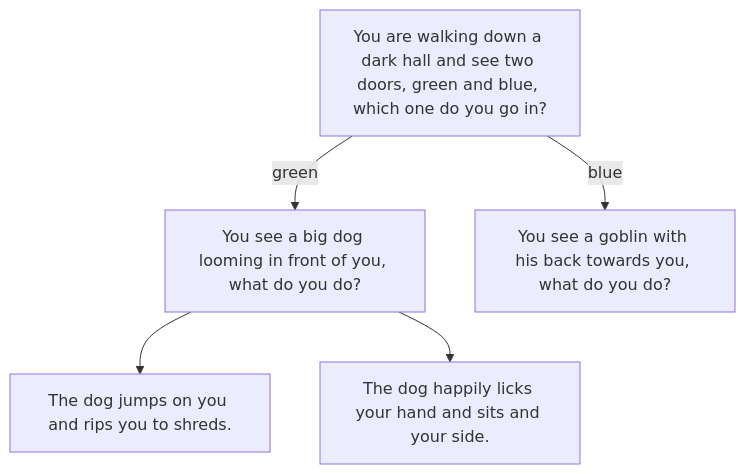
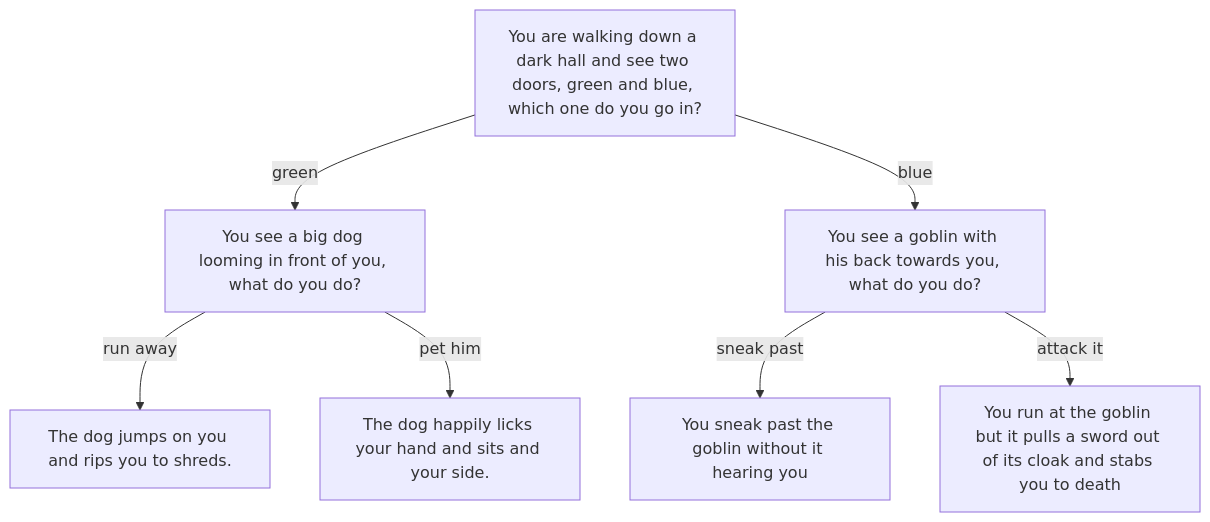
Before and after one commit to BenjaminPritchard07/BenjaminPritchard07.github.io: the diagram in Diagram.md, drawn with Mermaid.

````diff
--- a/Diagram.md
+++ b/Diagram.md
@@ -3,12 +3,16 @@
 ```mermaid
 graph TD;
     start[You are walking down a dark hall and see two doors, green and blue, which one do you go in?]
     dog[You see a big dog looming in front of you, what do you do?]
     run[The dog jumps on you and rips you to shreds.]
     pet[The dog happily licks your hand and sits and your side.]
     goblin[You see a goblin with his back towards you, what do you do?]
-    start-->|green|dog;
-    dog-->run
-    dog-->pet
-    start-->|blue|goblin;
+    sneak[You sneak past the goblin without it hearing you]
+    attack[You run at the goblin but it pulls a sword out of its cloak and stabs you to death]
+    start-->|green|dog
+    dog-->|run away|run
+    dog-->|pet him|pet
+    start-->|blue|goblin
+    goblin-->|sneak past|sneak
+    goblin-->|attack it|attack
 ```
````
